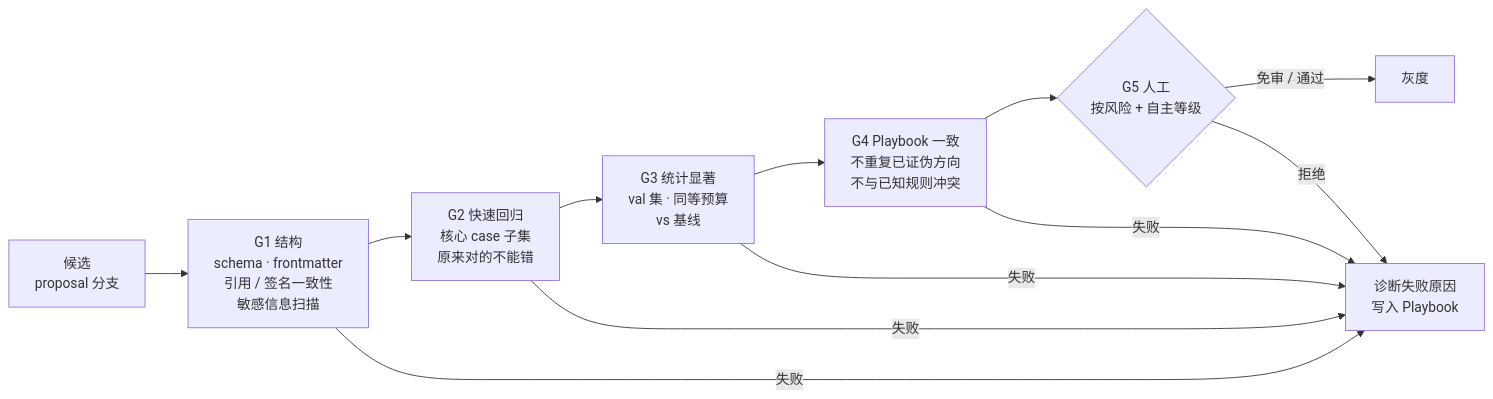
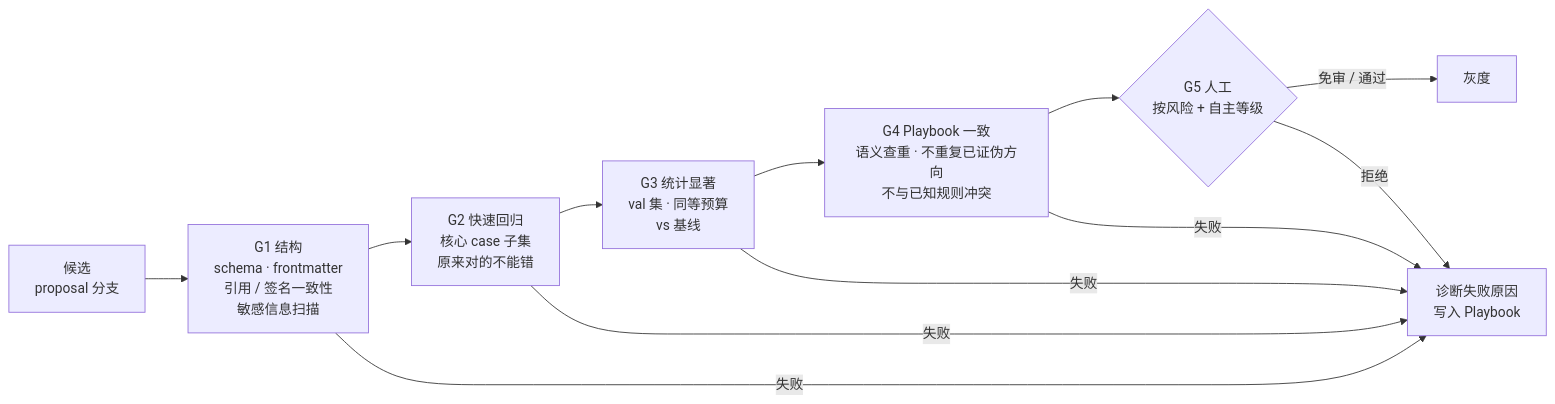
Diagram 12 of 15 in docs/self-evolution-architecture.md (LB-Young/Auton), drawn with Mermaid before and after one commit. The commit also changed other lines of this file, not shown here.

````diff
--- a/docs/self-evolution-architecture.md
+++ b/docs/self-evolution-architecture.md
@@ -525,11 +634,11 @@
 ```mermaid
 flowchart LR
   C["候选<br/>proposal 分支"] --> G1["G1 结构<br/>schema · frontmatter<br/>引用 / 签名一致性<br/>敏感信息扫描"]
   G1 --> G2["G2 快速回归<br/>核心 case 子集<br/>原来对的不能错"]
   G2 --> G3["G3 统计显著<br/>val 集 · 同等预算<br/>vs 基线"]
-  G3 --> G4["G4 Playbook 一致<br/>不重复已证伪方向<br/>不与已知规则冲突"]
+  G3 --> G4["G4 Playbook 一致<br/>语义查重 · 不重复已证伪方向<br/>不与已知规则冲突"]
   G4 --> G5{"G5 人工<br/>按风险 + 自主等级"}
   G5 -->|"免审 / 通过"| CAN["灰度"]
   G1 & G2 & G3 & G4 -->|失败| FB["诊断失败原因<br/>写入 Playbook"]
   G5 -->|拒绝| FB
 ```
````
